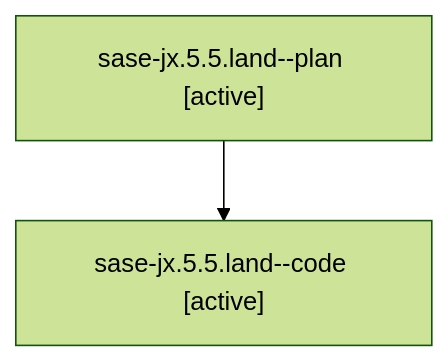
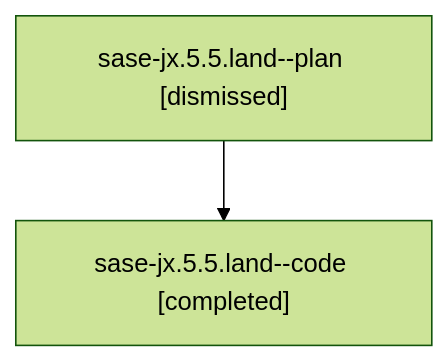
One commit to sase-org/sase--agents changed the diagram in families/bbugyi200.athena.sase-jx.5.5.land.md. Above: the diagram before and after it, drawn with Mermaid (forest theme). The commit also changed other lines of this file and 1607 other files, not shown here.

````diff
--- a/families/bbugyi200.athena.sase-jx.5.5.land.md
+++ b/families/bbugyi200.athena.sase-jx.5.5.land.md
@@ -9,6 +9,6 @@
 ```mermaid
 flowchart TD
-  n0["sase-jx.5.5.land--plan [active]"]
-  n1["sase-jx.5.5.land--code [active]"]
+  n0["sase-jx.5.5.land--plan [dismissed]"]
+  n1["sase-jx.5.5.land--code [completed]"]
   n0 --> n1
 ```
````
